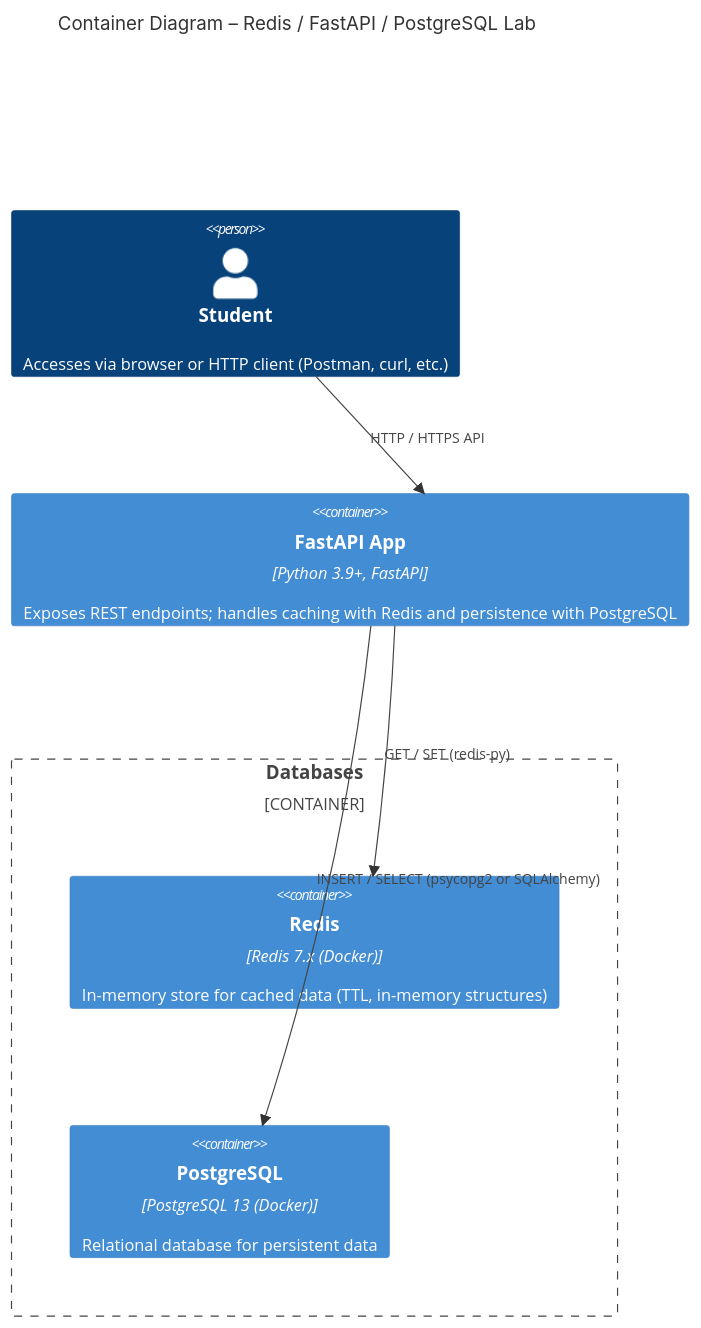
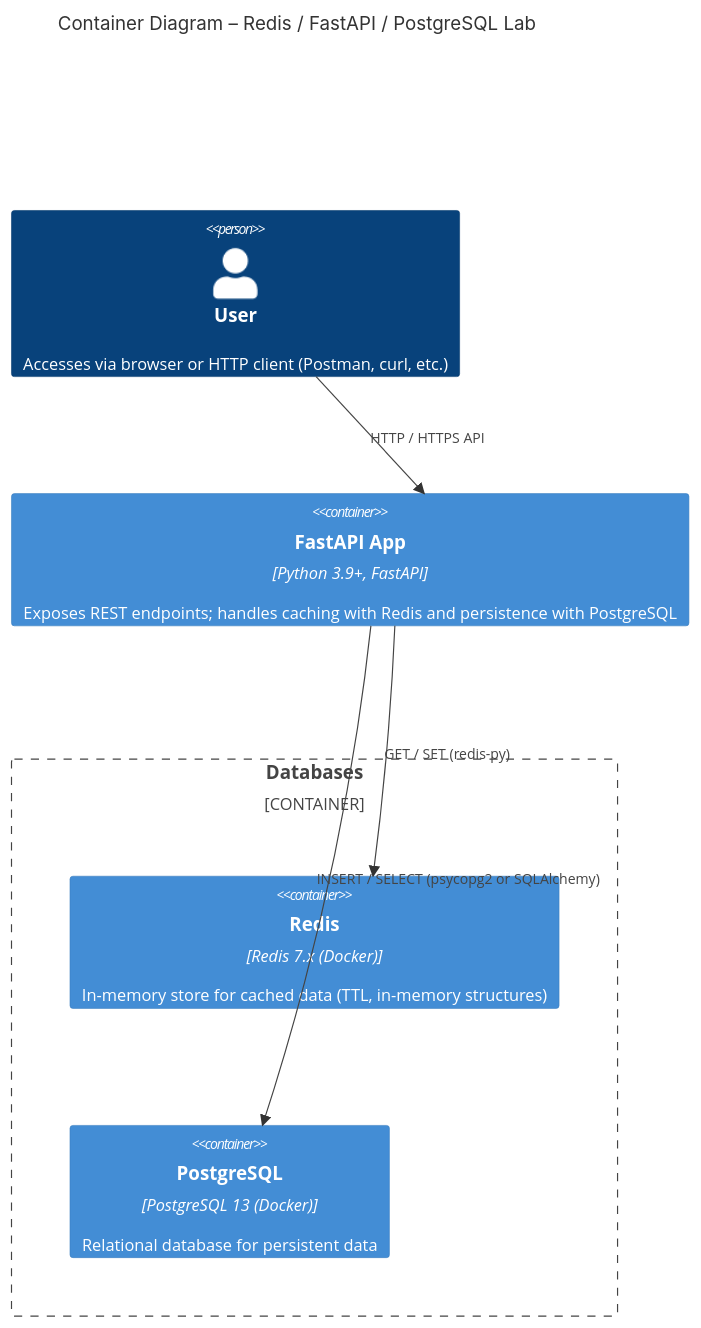
One commit to FreddyB200/sistema-recarga-viajes-backend changed the second of 3 diagrams in README.md. Above: the diagram before and after it, drawn with Mermaid.

````diff
--- a/README.md
+++ b/README.md
@@ -47,19 +47,19 @@
 ```mermaid
 %% C4 Container Diagram with Database Grouping
 C4Container
 title Container Diagram – Redis / FastAPI / PostgreSQL Lab
 
-Person(Student, "Student", "Accesses via browser or HTTP client (Postman, curl, etc.)")
+Person(User, "User", "Accesses via browser or HTTP client (Postman, curl, etc.)")
 
 Container(FastAPI_App, "FastAPI App", "Python 3.9+, FastAPI", "Exposes REST endpoints; handles caching with Redis and persistence with PostgreSQL")
 
 Container_Boundary(databases, "Databases") {
   Container(Redis, "Redis", "Redis 7.x (Docker)", "In-memory store for cached data (TTL, in-memory structures)")
   Container(PostgreSQL, "PostgreSQL", "PostgreSQL 13 (Docker)", "Relational database for persistent data")
 }
 
-Rel(Student, FastAPI_App, "HTTP / HTTPS API")
+Rel(User, FastAPI_App, "HTTP / HTTPS API")
 Rel(FastAPI_App, Redis, "GET / SET (redis-py)")
 Rel(FastAPI_App, PostgreSQL, "INSERT / SELECT (psycopg2 or SQLAlchemy)")
 
 ```
````
